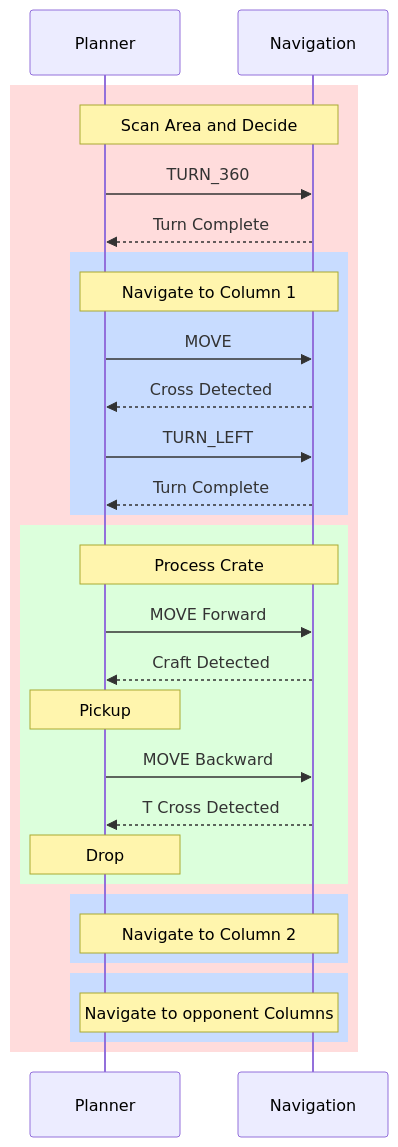
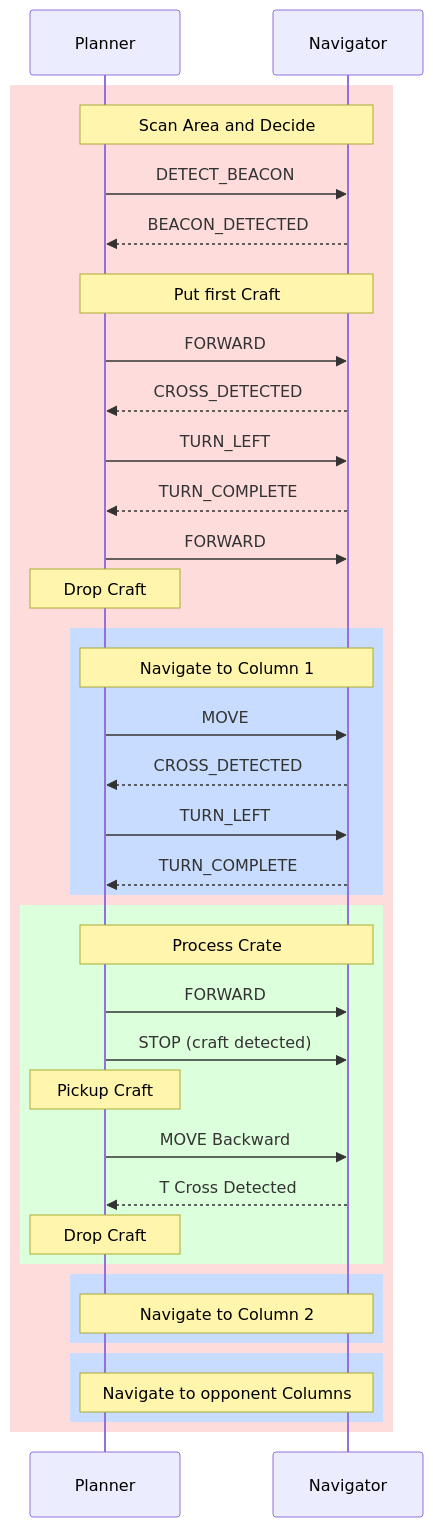
One commit to yuanzhedong/ME218-final changed the diagram in FSM/sequence_diagram.md. Above: the diagram before and after it, drawn with Mermaid. The commit also changed 2 other files, not shown here.

Commit message:
update FSM

````diff
--- a/FSM/sequence_diagram.md
+++ b/FSM/sequence_diagram.md
@@ -1,38 +1,48 @@
 ```mermaid
 sequenceDiagram
     participant Planner
-    participant Navigation
+    participant Navigator
 
     rect rgb(255, 220, 220)
-    Note over Planner,Navigation: Scan Area and Decide
-    Planner->>Navigation: TURN_360
-    Navigation-->>Planner: Turn Complete
+    Note over Planner,Navigator: Scan Area and Decide
+    Planner->>Navigator: DETECT_BEACON
+    Navigator-->>Planner: BEACON_DETECTED
+
+    rect rgb(255, 220, 220)
+    Note over Planner,Navigator: Put first Craft
+    Planner->>Navigator: FORWARD
+    Navigator-->>Planner: CROSS_DETECTED
+    Planner->>Navigator: TURN_LEFT
+    Navigator-->>Planner: TURN_COMPLETE
+    Planner->>Navigator: FORWARD
+    Note over Planner: Drop Craft
+    end
 
     rect rgb(200, 220, 255)
-    Note over Planner,Navigation: Navigate to Column 1
-    Planner->>Navigation: MOVE
-    Navigation-->>Planner: Cross Detected
-    Planner->>Navigation: TURN_LEFT
-    Navigation-->>Planner: Turn Complete
+    Note over Planner,Navigator: Navigate to Column 1
+    Planner->>Navigator: MOVE
+    Navigator-->>Planner: CROSS_DETECTED
+    Planner->>Navigator: TURN_LEFT
+    Navigator-->>Planner: TURN_COMPLETE
     end
 
     rect rgb(220, 255, 220)
-    Note over Planner,Navigation: Process Crate
-    Planner->>Navigation: MOVE Forward
-    Navigation-->>Planner: Craft Detected
-    Note over Planner: Pickup
-    Planner->>Navigation: MOVE Backward
-    Navigation-->>Planner: T Cross Detected
-    Note over Planner: Drop
+    Note over Planner,Navigator: Process Crate
+    Planner->>Navigator: FORWARD
+    Planner->>Navigator: STOP (craft detected)
+    Note over Planner: Pickup Craft
+    Planner->>Navigator: MOVE Backward
+    Navigator-->>Planner: T Cross Detected
+    Note over Planner: Drop Craft
     end
 
     rect rgb(200, 220, 255)
-    Note over Planner,Navigation: Navigate to Column 2
+    Note over Planner,Navigator: Navigate to Column 2
     end
 
     rect rgb(200, 220, 255)
-    Note over Planner,Navigation: Navigate to opponent Columns
+    Note over Planner,Navigator: Navigate to opponent Columns
     end
 
     end
 ```
````
